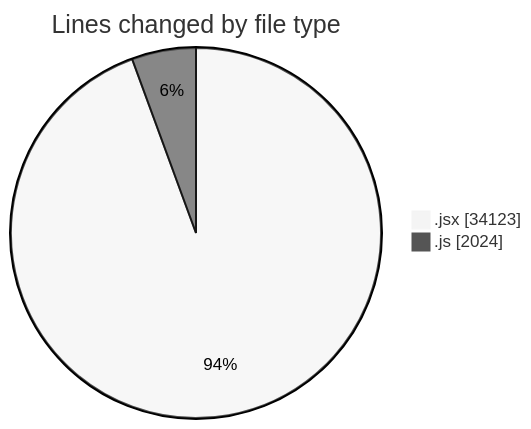
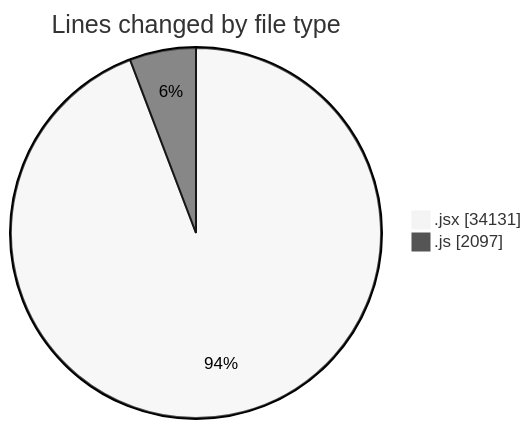
Before and after one commit to nxtqubesakshisongat/code-tracking: the first of 2 diagrams in 2025-09-29/nxtqube_webapp/README.md, drawn with Mermaid (neutral theme). The commit also changed other lines of this file and 1 other file, not shown here.

````diff
--- a/2025-09-29/nxtqube_webapp/README.md
+++ b/2025-09-29/nxtqube_webapp/README.md
@@ -22,6 +22,6 @@
 ```mermaid
 pie showData
 title Lines changed by file type
-".jsx" : 34123
-".js" : 2024
+".jsx" : 34131
+".js" : 2097
 ```
````
